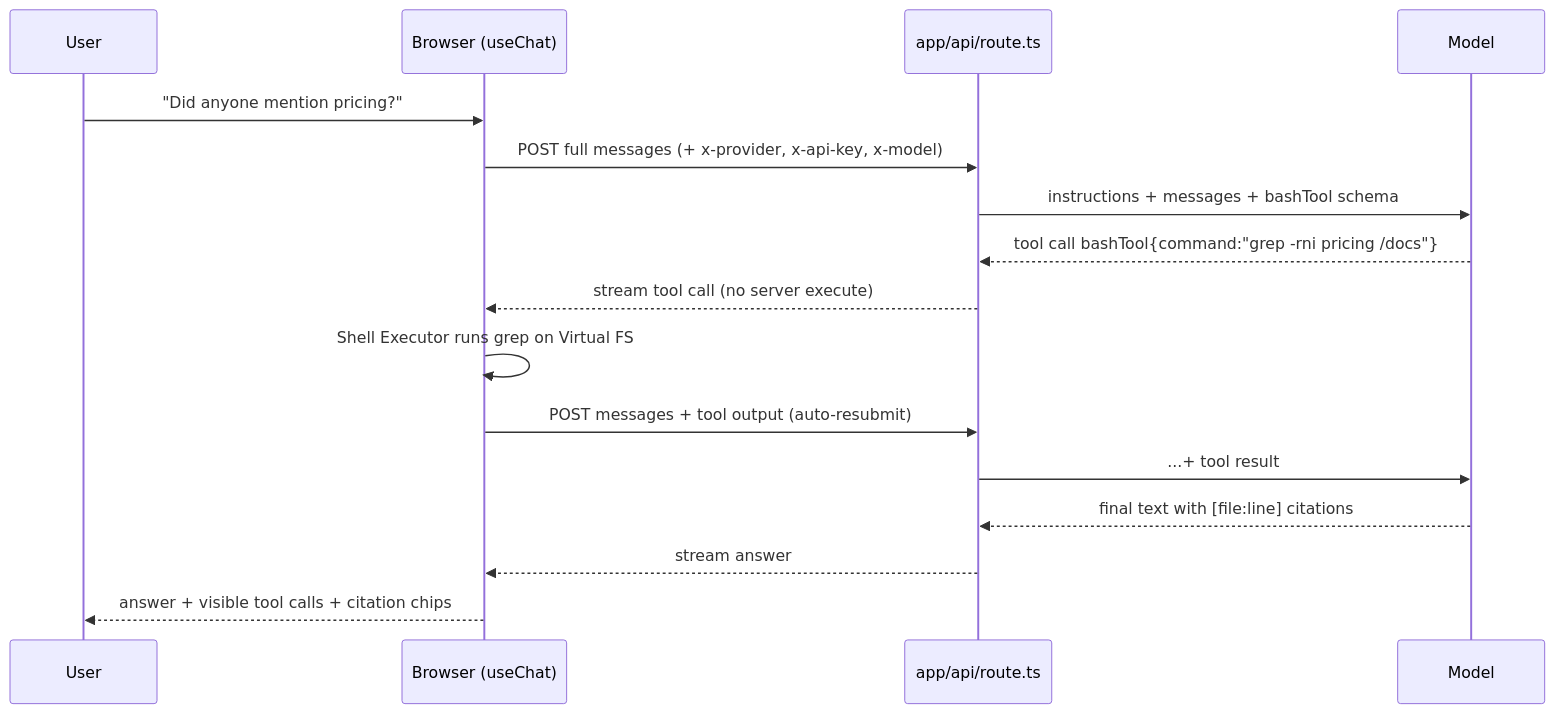
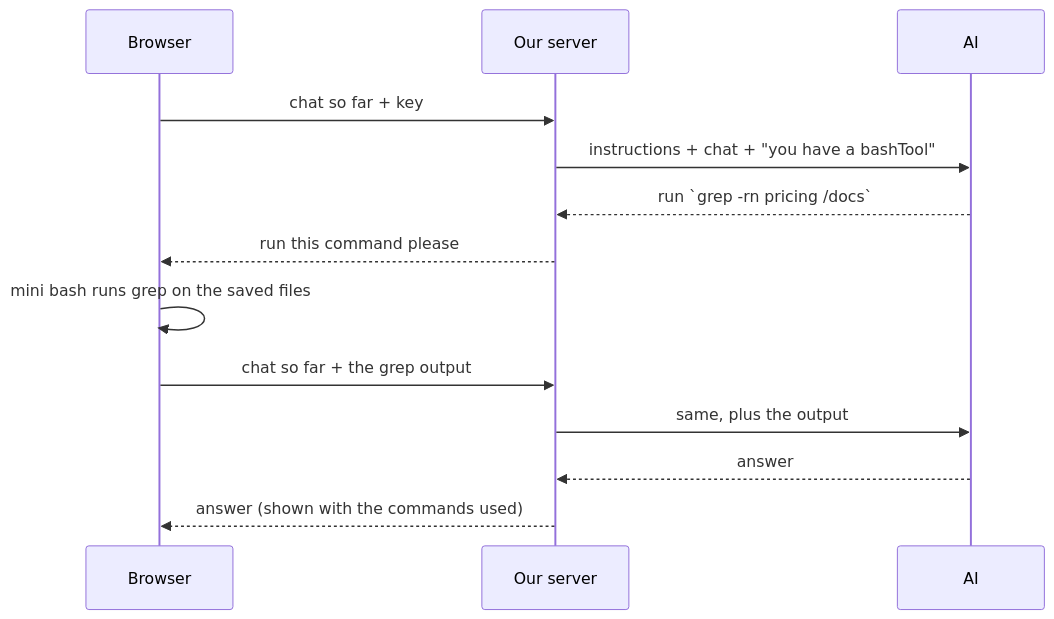
The third of 3 diagrams in docs/hld.md (khushpanchal/filesystem-agent), drawn with Mermaid before and after one commit. The commit also changed other lines of this file and 3 other files, not shown here.

````diff
--- a/docs/hld.md
+++ b/docs/hld.md
@@ -71,18 +53,15 @@
 ```mermaid
 sequenceDiagram
-  participant U as User
-  participant B as Browser (useChat)
-  participant S as app/api/route.ts
-  participant M as Model
-  U->>B: "Did anyone mention pricing?"
-  B->>S: POST full messages (+ x-provider, x-api-key, x-model)
-  S->>M: instructions + messages + bashTool schema
-  M-->>S: tool call bashTool{command:"grep -rni pricing /docs"}
-  S-->>B: stream tool call (no server execute)
-  B->>B: Shell Executor runs grep on Virtual FS
-  B->>S: POST messages + tool output (auto-resubmit)
-  S->>M: ...+ tool result
-  M-->>S: final text with [file:line] citations
-  S-->>B: stream answer
-  B-->>U: answer + visible tool calls + citation chips
+  participant B as Browser
+  participant S as Our server
+  participant M as AI
+  B->>S: chat so far + key
+  S->>M: instructions + chat + "you have a bashTool"
+  M-->>S: run `grep -rn pricing /docs`
+  S-->>B: run this command please
+  B->>B: mini bash runs grep on the saved files
+  B->>S: chat so far + the grep output
+  S->>M: same, plus the output
+  M-->>S: answer
+  S-->>B: answer (shown with the commands used)
 ```
````
